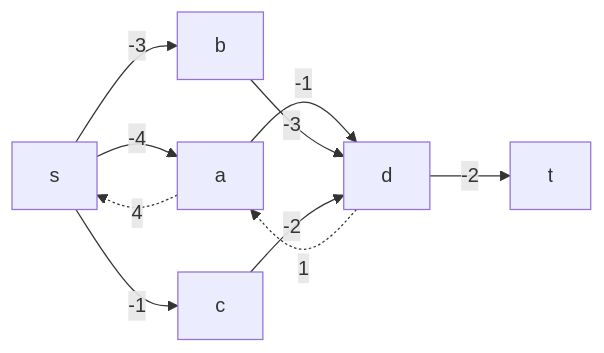
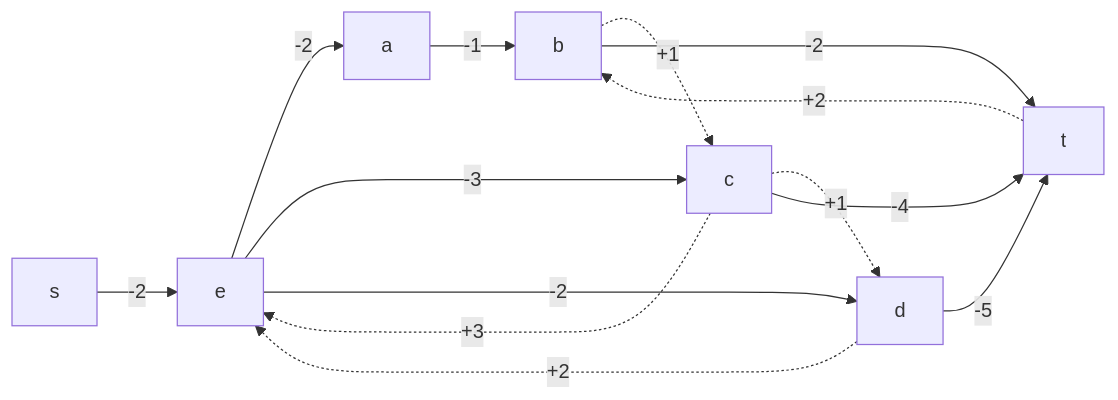
One commit to hse-algo-24-raven/manual-tasks-raven changed the tenth of 14 diagrams in task-10/pustobek.md. Above: the diagram before and after it, drawn with Mermaid. The commit also changed other lines of this file, not shown here.

````diff
--- a/task-10/pustobek.md
+++ b/task-10/pustobek.md
@@ -205,7 +205,16 @@
 ```mermaid
 graph LR
-    s-->|-4|a-->|-1|d-->|-2|t
-    s-->|-3|b-->|-3|d
-    s-->|-1|c-->|-2|d
-    d-.->|1|a-.->|4|s
+    s-->|-2|e
+    e-->|-2|a
+    c-.->|+3|e
+    e-->|-3|c
+    d-.->|+2|e
+    e-->|-2|d
+    a-->|-1|b
+    b-.->|+1|c
+    c-.->|+1|d
+    b-->|-2|t
+    t-.->|+2|b
+    c-->|-4|t
+    d-->|-5|t
 ```
````
